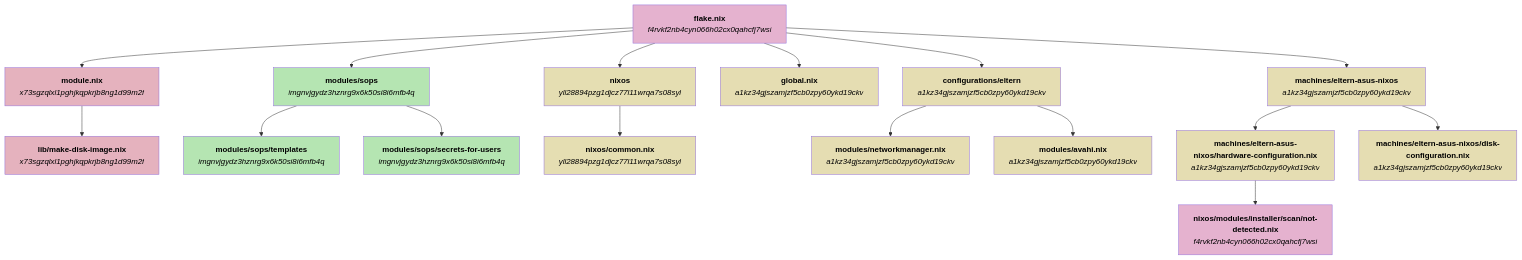
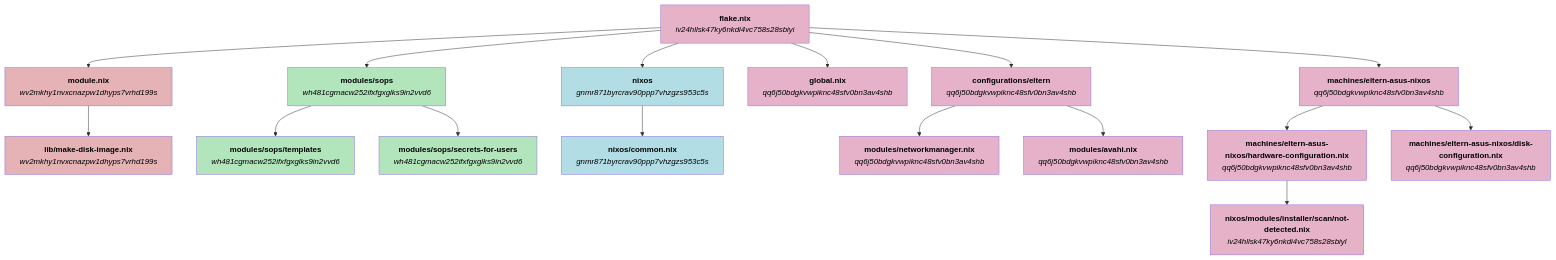
Before and after one commit to welles/nixos-config: the first of 6 diagrams in GRAPHS.md, drawn with Mermaid. The commit also changed other lines of this file, not shown here.

Commit message:
Update configuration graphs file

````diff
--- a/GRAPHS.md
+++ b/GRAPHS.md
@@ -5,82 +5,82 @@
 ```mermaid
 flowchart TD
-    nf4rvkf2nb4cyn066h02cx0qahcfj7wsi_flake_nix["`**flake.nix**
+    niv24hllsk47ky6nkdi4vc758s28sbiyl_flake_nix["`**flake.nix**
 
-_f4rvkf2nb4cyn066h02cx0qahcfj7wsi_`"]
-    nx73sgzqlxl1pghjkqpkrjb8ng1d99m2f_module_nix["`**module.nix**
+_iv24hllsk47ky6nkdi4vc758s28sbiyl_`"]
+    nwv2mkhy1nvxcnazpw1dhyps7vrhd199s_module_nix["`**module.nix**
 
-_x73sgzqlxl1pghjkqpkrjb8ng1d99m2f_`"]
-    nx73sgzqlxl1pghjkqpkrjb8ng1d99m2f_lib_make_disk_image_nix["`**lib/make-disk-image.nix**
+_wv2mkhy1nvxcnazpw1dhyps7vrhd199s_`"]
+    nwv2mkhy1nvxcnazpw1dhyps7vrhd199s_lib_make_disk_image_nix["`**lib/make-disk-image.nix**
 
-_x73sgzqlxl1pghjkqpkrjb8ng1d99m2f_`"]
-    nimgnvjgydz3hznrg9x6k50si8i6mfb4q_modules_sops["`**modules/sops**
+_wv2mkhy1nvxcnazpw1dhyps7vrhd199s_`"]
+    nwh481cgmacw252ifxfgxglks9in2vvd6_modules_sops["`**modules/sops**
 
-_imgnvjgydz3hznrg9x6k50si8i6mfb4q_`"]
-    nimgnvjgydz3hznrg9x6k50si8i6mfb4q_modules_sops_templates["`**modules/sops/templates**
+_wh481cgmacw252ifxfgxglks9in2vvd6_`"]
+    nwh481cgmacw252ifxfgxglks9in2vvd6_modules_sops_templates["`**modules/sops/templates**
 
-_imgnvjgydz3hznrg9x6k50si8i6mfb4q_`"]
-    nimgnvjgydz3hznrg9x6k50si8i6mfb4q_modules_sops_secrets_for_users["`**modules/sops/secrets-for-users**
+_wh481cgmacw252ifxfgxglks9in2vvd6_`"]
+    nwh481cgmacw252ifxfgxglks9in2vvd6_modules_sops_secrets_for_users["`**modules/sops/secrets-for-users**
 
-_imgnvjgydz3hznrg9x6k50si8i6mfb4q_`"]
-    nyll28894pzg1djcz77l11wrqa7s08syl_nixos["`**nixos**
+_wh481cgmacw252ifxfgxglks9in2vvd6_`"]
+    ngnmr871byrcrav90ppp7vhzgzs953c5s_nixos["`**nixos**
 
-_yll28894pzg1djcz77l11wrqa7s08syl_`"]
-    nyll28894pzg1djcz77l11wrqa7s08syl_nixos_common_nix["`**nixos/common.nix**
+_gnmr871byrcrav90ppp7vhzgzs953c5s_`"]
+    ngnmr871byrcrav90ppp7vhzgzs953c5s_nixos_common_nix["`**nixos/common.nix**
 
-_yll28894pzg1djcz77l11wrqa7s08syl_`"]
-    na1kz34gjszamjzf5cb0zpy60ykd19ckv_global_nix["`**global.nix**
+_gnmr871byrcrav90ppp7vhzgzs953c5s_`"]
+    nqq6j50bdgkvwpiknc48sfv0bn3av4shb_global_nix["`**global.nix**
 
-_a1kz34gjszamjzf5cb0zpy60ykd19ckv_`"]
-    na1kz34gjszamjzf5cb0zpy60ykd19ckv_configurations_eltern["`**configurations/eltern**
+_qq6j50bdgkvwpiknc48sfv0bn3av4shb_`"]
+    nqq6j50bdgkvwpiknc48sfv0bn3av4shb_configurations_eltern["`**configurations/eltern**
 
-_a1kz34gjszamjzf5cb0zpy60ykd19ckv_`"]
-    na1kz34gjszamjzf5cb0zpy60ykd19ckv_modules_networkmanager_nix["`**modules/networkmanager.nix**
+_qq6j50bdgkvwpiknc48sfv0bn3av4shb_`"]
+    nqq6j50bdgkvwpiknc48sfv0bn3av4shb_modules_networkmanager_nix["`**modules/networkmanager.nix**
 
-_a1kz34gjszamjzf5cb0zpy60ykd19ckv_`"]
-    na1kz34gjszamjzf5cb0zpy60ykd19ckv_modules_avahi_nix["`**modules/avahi.nix**
+_qq6j50bdgkvwpiknc48sfv0bn3av4shb_`"]
+    nqq6j50bdgkvwpiknc48sfv0bn3av4shb_modules_avahi_nix["`**modules/avahi.nix**
 
-_a1kz34gjszamjzf5cb0zpy60ykd19ckv_`"]
-    na1kz34gjszamjzf5cb0zpy60ykd19ckv_machines_eltern_asus_nixos["`**machines/eltern-asus-nixos**
+_qq6j50bdgkvwpiknc48sfv0bn3av4shb_`"]
+    nqq6j50bdgkvwpiknc48sfv0bn3av4shb_machines_eltern_asus_nixos["`**machines/eltern-asus-nixos**
 
-_a1kz34gjszamjzf5cb0zpy60ykd19ckv_`"]
-    na1kz34gjszamjzf5cb0zpy60ykd19ckv_machines_eltern_asus_nixos_hardware_configuration_nix["`**machines/eltern-asus-nixos/hardware-configuration.nix**
+_qq6j50bdgkvwpiknc48sfv0bn3av4shb_`"]
+    nqq6j50bdgkvwpiknc48sfv0bn3av4shb_machines_eltern_asus_nixos_hardware_configuration_nix["`**machines/eltern-asus-nixos/hardware-configuration.nix**
 
-_a1kz34gjszamjzf5cb0zpy60ykd19ckv_`"]
-    nf4rvkf2nb4cyn066h02cx0qahcfj7wsi_nixos_modules_installer_scan_not_detected_nix["`**nixos/modules/installer/scan/not-detected.nix**
+_qq6j50bdgkvwpiknc48sfv0bn3av4shb_`"]
+    niv24hllsk47ky6nkdi4vc758s28sbiyl_nixos_modules_installer_scan_not_detected_nix["`**nixos/modules/installer/scan/not-detected.nix**
 
-_f4rvkf2nb4cyn066h02cx0qahcfj7wsi_`"]
-    na1kz34gjszamjzf5cb0zpy60ykd19ckv_machines_eltern_asus_nixos_disk_configuration_nix["`**machines/eltern-asus-nixos/disk-configuration.nix**
+_iv24hllsk47ky6nkdi4vc758s28sbiyl_`"]
+    nqq6j50bdgkvwpiknc48sfv0bn3av4shb_machines_eltern_asus_nixos_disk_configuration_nix["`**machines/eltern-asus-nixos/disk-configuration.nix**
 
-_a1kz34gjszamjzf5cb0zpy60ykd19ckv_`"]
-    nf4rvkf2nb4cyn066h02cx0qahcfj7wsi_flake_nix --> nx73sgzqlxl1pghjkqpkrjb8ng1d99m2f_module_nix
-    nf4rvkf2nb4cyn066h02cx0qahcfj7wsi_flake_nix --> nimgnvjgydz3hznrg9x6k50si8i6mfb4q_modules_sops
-    nf4rvkf2nb4cyn066h02cx0qahcfj7wsi_flake_nix --> nyll28894pzg1djcz77l11wrqa7s08syl_nixos
-    nf4rvkf2nb4cyn066h02cx0qahcfj7wsi_flake_nix --> na1kz34gjszamjzf5cb0zpy60ykd19ckv_global_nix
-    nf4rvkf2nb4cyn066h02cx0qahcfj7wsi_flake_nix --> na1kz34gjszamjzf5cb0zpy60ykd19ckv_configurations_eltern
-    nf4rvkf2nb4cyn066h02cx0qahcfj7wsi_flake_nix --> na1kz34gjszamjzf5cb0zpy60ykd19ckv_machines_eltern_asus_nixos
-    nx73sgzqlxl1pghjkqpkrjb8ng1d99m2f_module_nix --> nx73sgzqlxl1pghjkqpkrjb8ng1d99m2f_lib_make_disk_image_nix
-    nimgnvjgydz3hznrg9x6k50si8i6mfb4q_modules_sops --> nimgnvjgydz3hznrg9x6k50si8i6mfb4q_modules_sops_templates
-    nimgnvjgydz3hznrg9x6k50si8i6mfb4q_modules_sops --> nimgnvjgydz3hznrg9x6k50si8i6mfb4q_modules_sops_secrets_for_users
-    nyll28894pzg1djcz77l11wrqa7s08syl_nixos --> nyll28894pzg1djcz77l11wrqa7s08syl_nixos_common_nix
-    na1kz34gjszamjzf5cb0zpy60ykd19ckv_configurations_eltern --> na1kz34gjszamjzf5cb0zpy60ykd19ckv_modules_networkmanager_nix
-    na1kz34gjszamjzf5cb0zpy60ykd19ckv_configurations_eltern --> na1kz34gjszamjzf5cb0zpy60ykd19ckv_modules_avahi_nix
-    na1kz34gjszamjzf5cb0zpy60ykd19ckv_machines_eltern_asus_nixos --> na1kz34gjszamjzf5cb0zpy60ykd19ckv_machines_eltern_asus_nixos_hardware_configuration_nix
-    na1kz34gjszamjzf5cb0zpy60ykd19ckv_machines_eltern_asus_nixos --> na1kz34gjszamjzf5cb0zpy60ykd19ckv_machines_eltern_asus_nixos_disk_configuration_nix
-    na1kz34gjszamjzf5cb0zpy60ykd19ckv_machines_eltern_asus_nixos_hardware_configuration_nix --> nf4rvkf2nb4cyn066h02cx0qahcfj7wsi_nixos_modules_installer_scan_not_detected_nix
-    style nf4rvkf2nb4cyn066h02cx0qahcfj7wsi_flake_nix fill:#e5b2cf,color:#000000
-    style nx73sgzqlxl1pghjkqpkrjb8ng1d99m2f_module_nix fill:#e5b2be,color:#000000
-    style nx73sgzqlxl1pghjkqpkrjb8ng1d99m2f_lib_make_disk_image_nix fill:#e5b2be,color:#000000
-    style nimgnvjgydz3hznrg9x6k50si8i6mfb4q_modules_sops fill:#b5e5b2,color:#000000
-    style nimgnvjgydz3hznrg9x6k50si8i6mfb4q_modules_sops_templates fill:#b5e5b2,color:#000000
-    style nimgnvjgydz3hznrg9x6k50si8i6mfb4q_modules_sops_secrets_for_users fill:#b5e5b2,color:#000000
-    style nyll28894pzg1djcz77l11wrqa7s08syl_nixos fill:#e5deb2,color:#000000
-    style nyll28894pzg1djcz77l11wrqa7s08syl_nixos_common_nix fill:#e5deb2,color:#000000
-    style na1kz34gjszamjzf5cb0zpy60ykd19ckv_global_nix fill:#e5ddb2,color:#000000
-    style na1kz34gjszamjzf5cb0zpy60ykd19ckv_configurations_eltern fill:#e5ddb2,color:#000000
-    style na1kz34gjszamjzf5cb0zpy60ykd19ckv_modules_networkmanager_nix fill:#e5ddb2,color:#000000
-    style na1kz34gjszamjzf5cb0zpy60ykd19ckv_modules_avahi_nix fill:#e5ddb2,color:#000000
-    style na1kz34gjszamjzf5cb0zpy60ykd19ckv_machines_eltern_asus_nixos fill:#e5ddb2,color:#000000
-    style na1kz34gjszamjzf5cb0zpy60ykd19ckv_machines_eltern_asus_nixos_hardware_configuration_nix fill:#e5ddb2,color:#000000
-    style nf4rvkf2nb4cyn066h02cx0qahcfj7wsi_nixos_modules_installer_scan_not_detected_nix fill:#e5b2cf,color:#000000
-    style na1kz34gjszamjzf5cb0zpy60ykd19ckv_machines_eltern_asus_nixos_disk_configuration_nix fill:#e5ddb2,color:#000000
+_qq6j50bdgkvwpiknc48sfv0bn3av4shb_`"]
+    niv24hllsk47ky6nkdi4vc758s28sbiyl_flake_nix --> nwv2mkhy1nvxcnazpw1dhyps7vrhd199s_module_nix
+    niv24hllsk47ky6nkdi4vc758s28sbiyl_flake_nix --> nwh481cgmacw252ifxfgxglks9in2vvd6_modules_sops
+    niv24hllsk47ky6nkdi4vc758s28sbiyl_flake_nix --> ngnmr871byrcrav90ppp7vhzgzs953c5s_nixos
+    niv24hllsk47ky6nkdi4vc758s28sbiyl_flake_nix --> nqq6j50bdgkvwpiknc48sfv0bn3av4shb_global_nix
+    niv24hllsk47ky6nkdi4vc758s28sbiyl_flake_nix --> nqq6j50bdgkvwpiknc48sfv0bn3av4shb_configurations_eltern
+    niv24hllsk47ky6nkdi4vc758s28sbiyl_flake_nix --> nqq6j50bdgkvwpiknc48sfv0bn3av4shb_machines_eltern_asus_nixos
+    nwv2mkhy1nvxcnazpw1dhyps7vrhd199s_module_nix --> nwv2mkhy1nvxcnazpw1dhyps7vrhd199s_lib_make_disk_image_nix
+    nwh481cgmacw252ifxfgxglks9in2vvd6_modules_sops --> nwh481cgmacw252ifxfgxglks9in2vvd6_modules_sops_templates
+    nwh481cgmacw252ifxfgxglks9in2vvd6_modules_sops --> nwh481cgmacw252ifxfgxglks9in2vvd6_modules_sops_secrets_for_users
+    ngnmr871byrcrav90ppp7vhzgzs953c5s_nixos --> ngnmr871byrcrav90ppp7vhzgzs953c5s_nixos_common_nix
+    nqq6j50bdgkvwpiknc48sfv0bn3av4shb_configurations_eltern --> nqq6j50bdgkvwpiknc48sfv0bn3av4shb_modules_networkmanager_nix
+    nqq6j50bdgkvwpiknc48sfv0bn3av4shb_configurations_eltern --> nqq6j50bdgkvwpiknc48sfv0bn3av4shb_modules_avahi_nix
+    nqq6j50bdgkvwpiknc48sfv0bn3av4shb_machines_eltern_asus_nixos --> nqq6j50bdgkvwpiknc48sfv0bn3av4shb_machines_eltern_asus_nixos_hardware_configuration_nix
+    nqq6j50bdgkvwpiknc48sfv0bn3av4shb_machines_eltern_asus_nixos --> nqq6j50bdgkvwpiknc48sfv0bn3av4shb_machines_eltern_asus_nixos_disk_configuration_nix
+    nqq6j50bdgkvwpiknc48sfv0bn3av4shb_machines_eltern_asus_nixos_hardware_configuration_nix --> niv24hllsk47ky6nkdi4vc758s28sbiyl_nixos_modules_installer_scan_not_detected_nix
+    style niv24hllsk47ky6nkdi4vc758s28sbiyl_flake_nix fill:#e5b2c7,color:#000000
+    style nwv2mkhy1nvxcnazpw1dhyps7vrhd199s_module_nix fill:#e5b2b5,color:#000000
+    style nwv2mkhy1nvxcnazpw1dhyps7vrhd199s_lib_make_disk_image_nix fill:#e5b2b5,color:#000000
+    style nwh481cgmacw252ifxfgxglks9in2vvd6_modules_sops fill:#b2e5bb,color:#000000
+    style nwh481cgmacw252ifxfgxglks9in2vvd6_modules_sops_templates fill:#b2e5bb,color:#000000
+    style nwh481cgmacw252ifxfgxglks9in2vvd6_modules_sops_secrets_for_users fill:#b2e5bb,color:#000000
+    style ngnmr871byrcrav90ppp7vhzgzs953c5s_nixos fill:#b2dde5,color:#000000
+    style ngnmr871byrcrav90ppp7vhzgzs953c5s_nixos_common_nix fill:#b2dde5,color:#000000
+    style nqq6j50bdgkvwpiknc48sfv0bn3av4shb_global_nix fill:#e5b2ca,color:#000000
+    style nqq6j50bdgkvwpiknc48sfv0bn3av4shb_configurations_eltern fill:#e5b2ca,color:#000000
+    style nqq6j50bdgkvwpiknc48sfv0bn3av4shb_modules_networkmanager_nix fill:#e5b2ca,color:#000000
+    style nqq6j50bdgkvwpiknc48sfv0bn3av4shb_modules_avahi_nix fill:#e5b2ca,color:#000000
+    style nqq6j50bdgkvwpiknc48sfv0bn3av4shb_machines_eltern_asus_nixos fill:#e5b2ca,color:#000000
+    style nqq6j50bdgkvwpiknc48sfv0bn3av4shb_machines_eltern_asus_nixos_hardware_configuration_nix fill:#e5b2ca,color:#000000
+    style niv24hllsk47ky6nkdi4vc758s28sbiyl_nixos_modules_installer_scan_not_detected_nix fill:#e5b2c7,color:#000000
+    style nqq6j50bdgkvwpiknc48sfv0bn3av4shb_machines_eltern_asus_nixos_disk_configuration_nix fill:#e5b2ca,color:#000000
 ```
````
